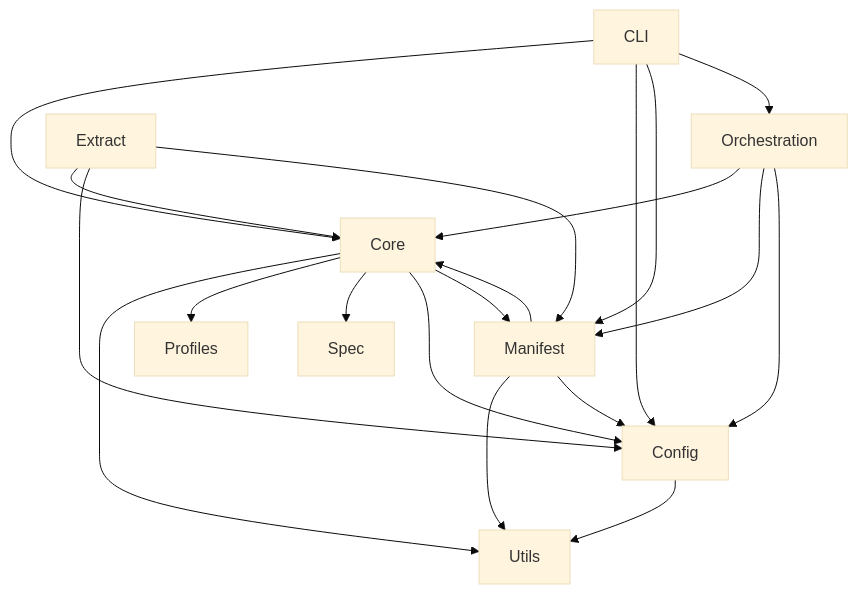
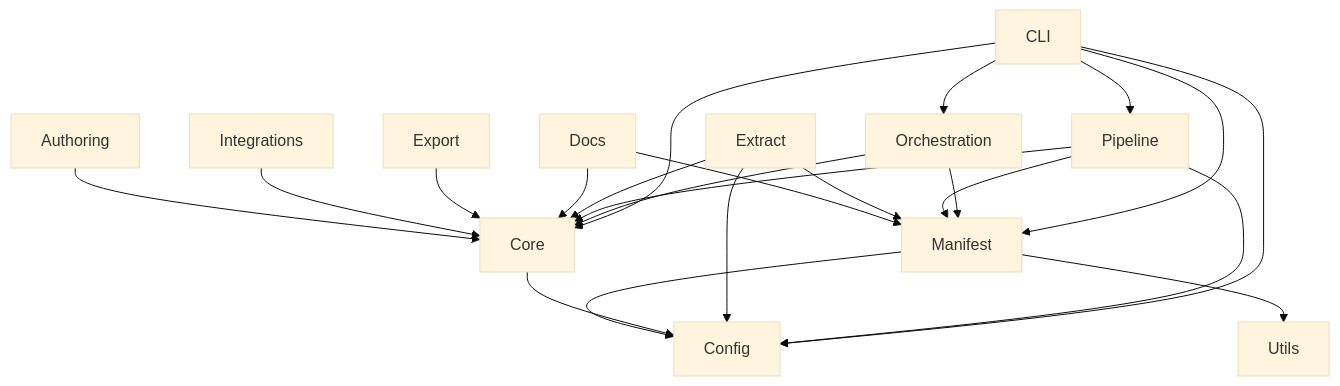
Before and after one commit to opn-arch/architecture-model-standard: the diagram in docs/architecture/system_design.md, drawn with Mermaid (base theme). The commit also changed other lines of this file and 217 other files, not shown here.

````diff
--- a/docs/architecture/system_design.md
+++ b/docs/architecture/system_design.md
@@ -46,22 +59,24 @@
 ```mermaid
 graph TD
   COMP-CLI[CLI] --> COMP-CORE[Core]
+  COMP-CLI[CLI] --> COMP-ORCHESTRATION[Orchestration]
+  COMP-CLI[CLI] --> COMP-PIPELINE[Pipeline]
+  COMP-CLI[CLI] --> COMP-MANIFEST[Manifest]
   COMP-CLI[CLI] --> COMP-CONFIG[Config]
-  COMP-CLI[CLI] --> COMP-MANIFEST[Manifest]
-  COMP-CLI[CLI] --> COMP-ORCHESTRATION[Orchestration]
   COMP-ORCHESTRATION[Orchestration] --> COMP-CORE[Core]
   COMP-ORCHESTRATION[Orchestration] --> COMP-MANIFEST[Manifest]
-  COMP-ORCHESTRATION[Orchestration] --> COMP-CONFIG[Config]
+  COMP-PIPELINE[Pipeline] --> COMP-CORE[Core]
+  COMP-PIPELINE[Pipeline] --> COMP-MANIFEST[Manifest]
+  COMP-PIPELINE[Pipeline] --> COMP-CONFIG[Config]
   COMP-EXTRACT[Extract] --> COMP-CORE[Core]
+  COMP-EXTRACT[Extract] --> COMP-MANIFEST[Manifest]
   COMP-EXTRACT[Extract] --> COMP-CONFIG[Config]
-  COMP-EXTRACT[Extract] --> COMP-MANIFEST[Manifest]
-  COMP-CORE[Core] --> COMP-UTILS[Utils]
+  COMP-DOCS[Docs] --> COMP-CORE[Core]
+  COMP-DOCS[Docs] --> COMP-MANIFEST[Manifest]
+  COMP-EXPORT[Export] --> COMP-CORE[Core]
+  COMP-INTEGRATIONS[Integrations] --> COMP-CORE[Core]
+  COMP-AUTHORING[Authoring] --> COMP-CORE[Core]
+  COMP-CORE[Core] --> COMP-CONFIG[Config]
+  COMP-MANIFEST[Manifest] --> COMP-CONFIG[Config]
   COMP-MANIFEST[Manifest] --> COMP-UTILS[Utils]
-  COMP-CONFIG[Config] --> COMP-UTILS[Utils]
-  COMP-CORE[Core] --> COMP-PROFILES[Profiles]
-  COMP-CORE[Core] --> COMP-SPEC[Spec]
-  COMP-CORE[Core] --> COMP-CONFIG[Config]
-  COMP-CORE[Core] --> COMP-MANIFEST[Manifest]
-  COMP-MANIFEST[Manifest] --> COMP-CONFIG[Config]
-  COMP-MANIFEST[Manifest] --> COMP-CORE[Core]
 ```
````
